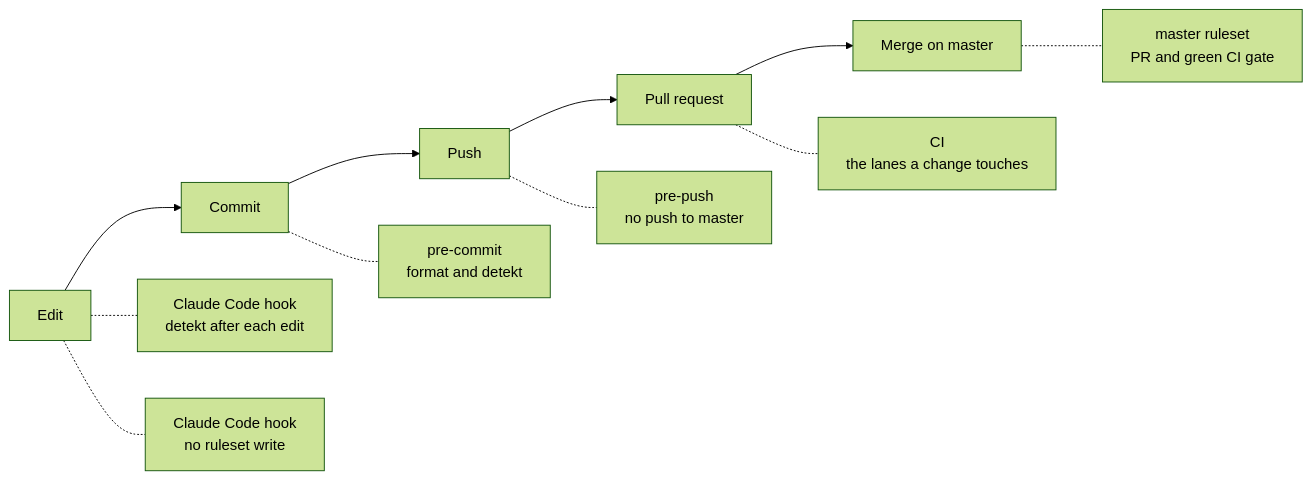
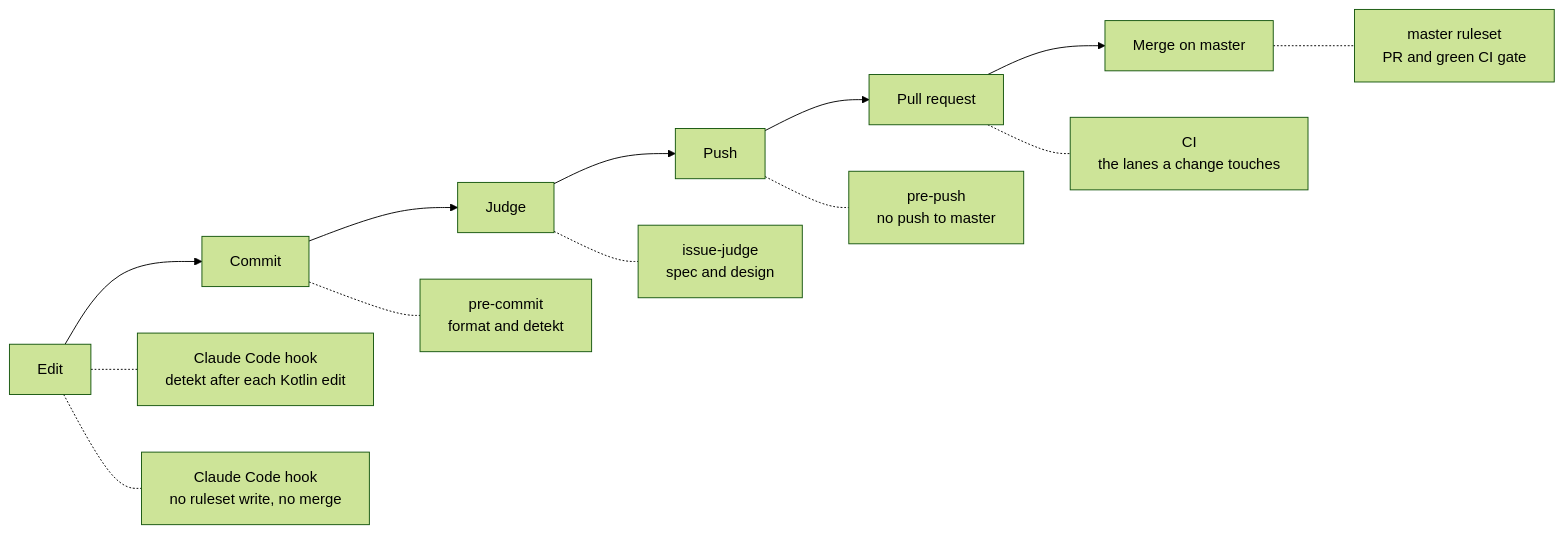
The diagram in docs/src/engineering/harness.md (mboisnard/drinkit), drawn with Mermaid (forest theme) before and after one commit. The commit also changed other lines of this file, not shown here.

First line of the commit message:
[DOCS] Describe the issue workflow in the harness page (#382)

````diff
--- a/docs/src/engineering/harness.md
+++ b/docs/src/engineering/harness.md
@@ -5,10 +5,11 @@
 ```mermaid
 flowchart LR
-  edit[Edit] --> commit[Commit] --> push[Push] --> pr[Pull request] --> merge[Merge on master]
-  edit -.- claude[Claude Code hook<br/>detekt after each edit]
-  edit -.- guard[Claude Code hook<br/>no ruleset write]
+  edit[Edit] --> commit[Commit] --> judge[Judge] --> push[Push] --> pr[Pull request] --> merge[Merge on master]
+  edit -.- claude[Claude Code hook<br/>detekt after each Kotlin edit]
+  edit -.- guard[Claude Code hook<br/>no ruleset write, no merge]
   commit -.- precommit[pre-commit<br/>format and detekt]
+  judge -.- issuejudge[issue-judge<br/>spec and design]
   push -.- prepush[pre-push<br/>no push to master]
   pr -.- ci[CI<br/>the lanes a change touches]
   merge -.- ruleset[master ruleset<br/>PR and green CI gate]
 ```
````
